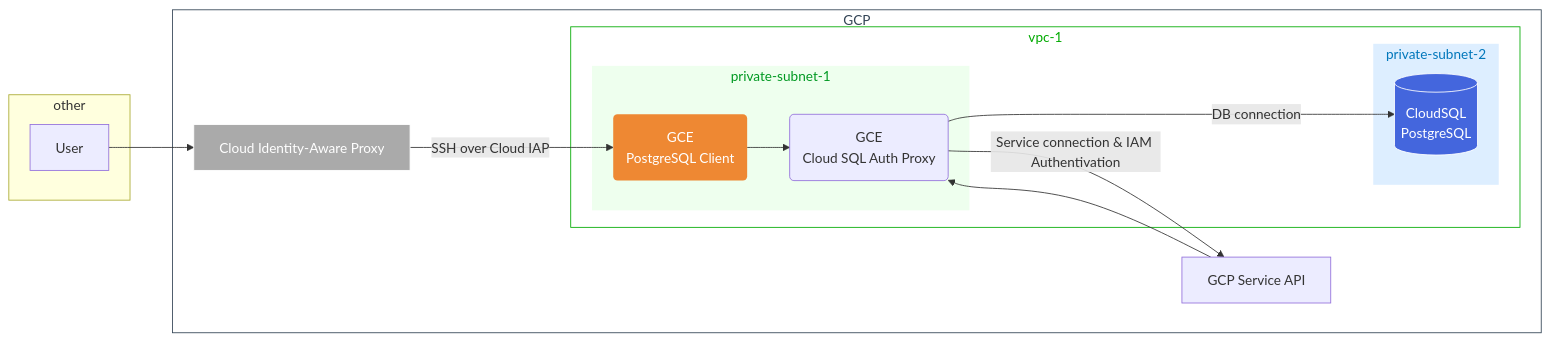
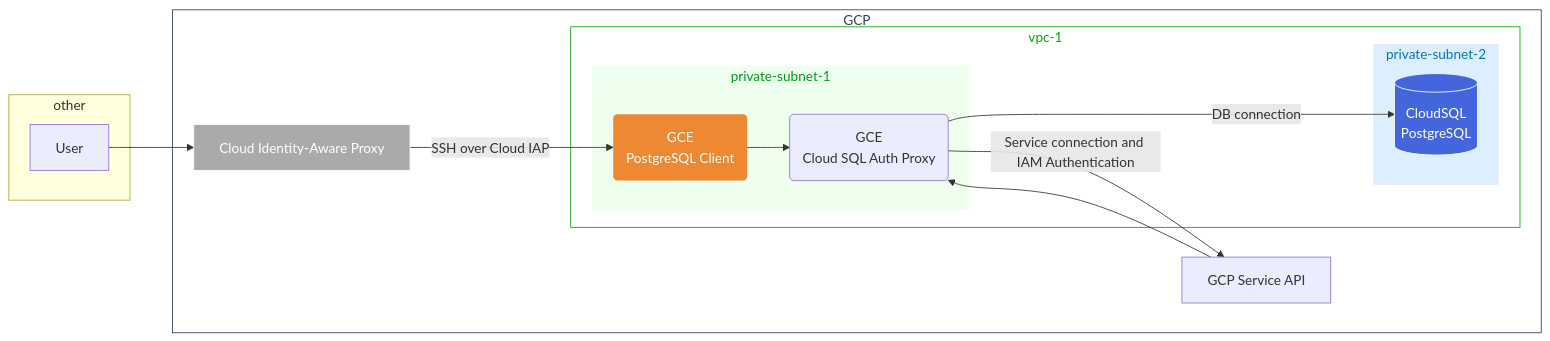
Before and after one commit to daylight55/terraform-gcp-example: the diagram in README.md, drawn with Mermaid. The commit also changed other lines of this file and 1 other file, not shown here.

````diff
--- a/README.md
+++ b/README.md
@@ -7,64 +7,64 @@
 ```mermaid
 graph LR
 
 %%外部要素のUser
 subgraph other
   OU[User]
 end
 
 %%グループとサービス
 subgraph GC[GCP]
     OU1[Cloud Identity-Aware Proxy]
     OU2[GCP Service API]
 
   subgraph GV[vpc-1]
     subgraph GS1[private-subnet-1]
       CP1("GCE<br>PostgreSQL Client")
       CP2("GCE<br>Cloud SQL Auth Proxy")
     end
     subgraph GS2[private-subnet-2]
       DB1[("CloudSQL<br>PostgreSQL")]
     end
   end
 end
 
 %%サービス同士の関係
 %% SSH
 OU -->OU1
 OU1 --"SSH over Cloud IAP"-->  CP1
 %% Cloud SQL Auth Proxy authentication
 CP1 --> CP2
-CP2 --"Service connection & IAM Authentivation"--> OU2
+CP2 --"Service connection and IAM Authentication"--> OU2
 %% DB connection
 OU2 --> CP2
 CP2 --"DB connection"---> DB1
 
 %%グループのスタイル
 classDef SGC fill:none,color:#345,stroke:#345
 class GC SGC
 
 classDef SGV fill:none,color:#0a0,stroke:#0a0
 class GV SGV
 
 classDef SGPrS fill:#def,color:#07b,stroke:none
 class GS2 SGPrS
 
 classDef SGPuS fill:#efe,color:#092,stroke:none
 class GS1 SGPuS
 
 %%サービスのスタイル
 classDef SOU fill:#aaa,color:#fff,stroke:#fff
 class OU1 SOU
 
 classDef SNW fill:#84d,color:#fff,stroke:none
 class NW1 SNW
 
 classDef SCP fill:#e83,color:#fff,stroke:none
 class CP1 SCP
 
 classDef SDB fill:#46d,color:#fff,stroke:#fff
 class DB1 SDB
 
 classDef SST fill:#493,color:#fff,stroke:#fff
 class ST1 SST
 ```
````
